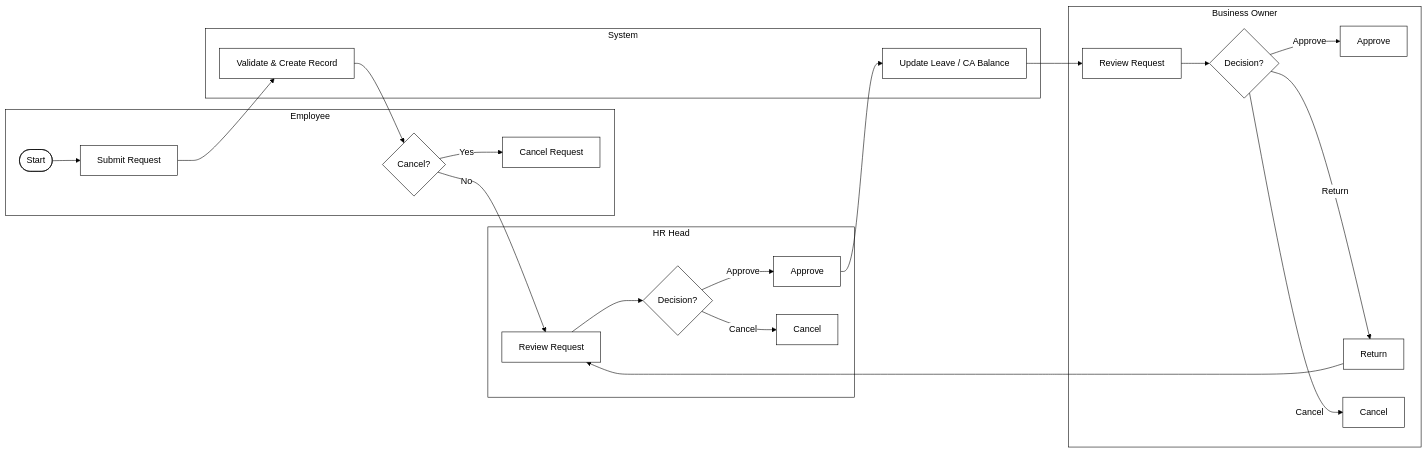
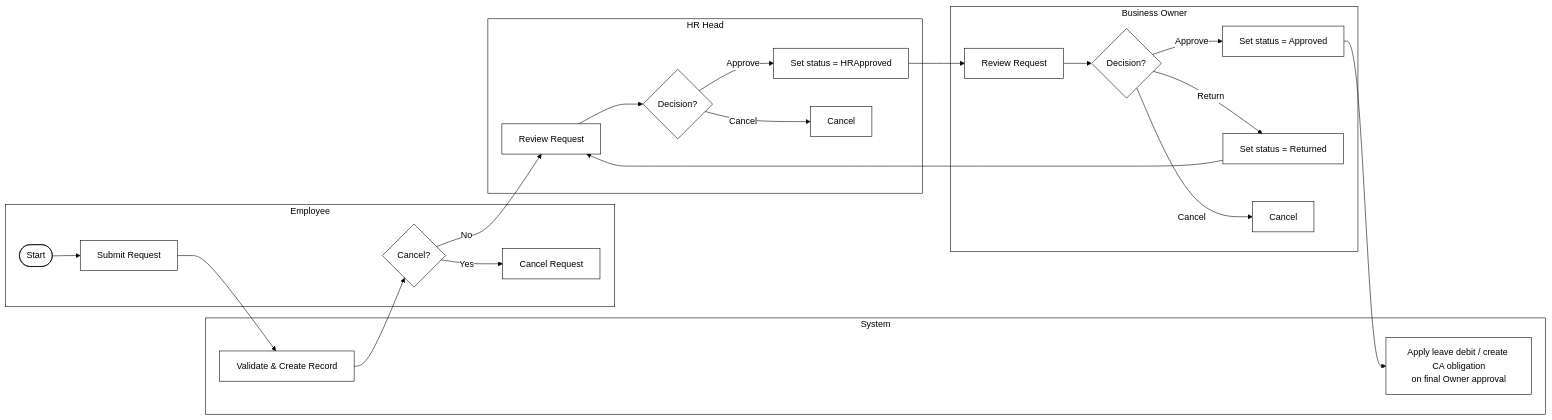
One commit to romarsares/WBPMS changed the diagram in docs/diagrams/v2/act-02-request-workflow.mmd. Above: the diagram before and after it, drawn with Mermaid. The commit also changed 136 other files, not shown here.

```diff
--- a/docs/diagrams/v2/act-02-request-workflow.mmd
+++ b/docs/diagrams/v2/act-02-request-workflow.mmd
@@ -1,37 +1,37 @@
 %%{init: {"theme": "base", "themeVariables": {"primaryColor": "#ffffff", "primaryBorderColor": "#000000", "primaryTextColor": "#000000", "lineColor": "#000000", "background": "#ffffff", "nodeBorder": "#000000", "clusterBkg": "#ffffff", "clusterBorder": "#000000", "edgeLabelBackground": "#ffffff"}}}%%
 flowchart LR
     subgraph EMP["Employee"]
         E1([Start])
         E2["Submit Request"]
         E3{"Cancel?"}
         E4["Cancel Request"]
     end
 
     subgraph SYS["System"]
         S1["Validate & Create Record"]
-        S2["Update Leave / CA Balance"]
+        S2["Apply leave debit / create CA obligation\non final Owner approval"]
     end
 
     subgraph HR["HR Head"]
         H1["Review Request"]
         H2{"Decision?"}
-        H3["Approve"]
+        H3["Set status = HRApproved"]
         H4["Cancel"]
     end
 
     subgraph BO["Business Owner"]
         B1["Review Request"]
         B2{"Decision?"}
-        B3["Approve"]
-        B4["Return"]
+        B3["Set status = Approved"]
+        B4["Set status = Returned"]
         B5["Cancel"]
     end
 
     E1 --> E2 --> S1 --> E3
     E3 -->|Yes| E4
     E3 -->|No| H1 --> H2
-    H2 -->|Approve| H3 --> S2 --> B1 --> B2
+    H2 -->|Approve| H3 --> B1 --> B2
     H2 -->|Cancel| H4
-    B2 -->|Approve| B3
+    B2 -->|Approve| B3 --> S2
     B2 -->|Return| B4 --> H1
     B2 -->|Cancel| B5
```
